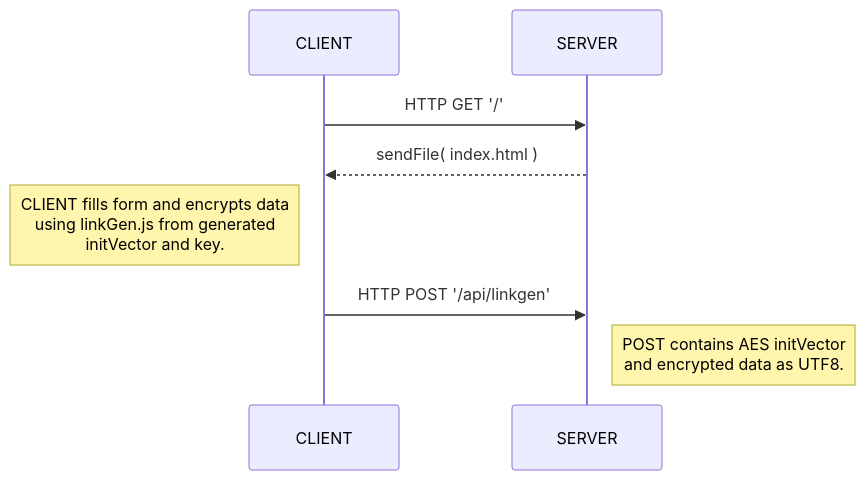
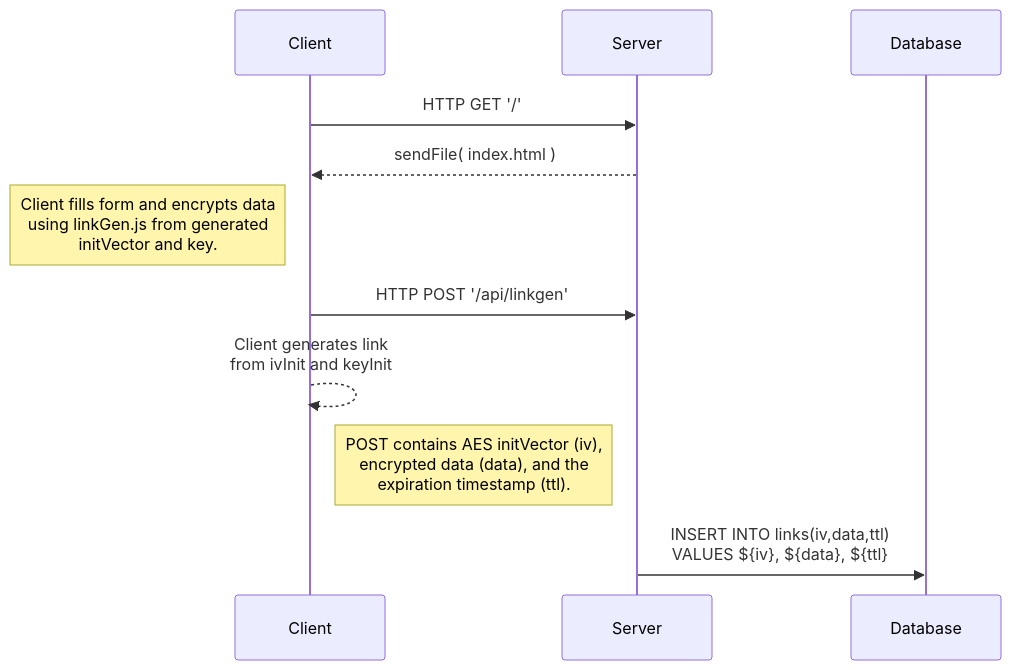
One commit to basht0p/BurnAfterClicking changed the first of 2 diagrams in README.md. Above: the diagram before and after it, drawn with Mermaid.

````diff
--- a/README.md
+++ b/README.md
@@ -4,9 +4,12 @@
 ```mermaid
 sequenceDiagram
-CLIENT ->> SERVER: HTTP GET '/'
-SERVER-->> CLIENT: sendFile( index.html )
-Note left of CLIENT: CLIENT fills form and encrypts data<br> using linkGen.js from generated<br> initVector and key.
+Client->> Server: HTTP GET '/'
+Server-->> Client: sendFile( index.html )
+Note left of Client: Client fills form and encrypts data<br> using linkGen.js from generated<br> initVector and key.
 
-CLIENT->>SERVER: HTTP POST '/api/linkgen'
-Note right of SERVER: POST contains AES initVector <br>and encrypted data as UTF8.
+Client->>Server: HTTP POST '/api/linkgen'
+Client-->>Client: Client generates link <br>from ivInit and keyInit
+Note left of Server: POST contains AES initVector (iv),<br> encrypted data (data), and the <br>expiration timestamp (ttl).
+Server->>Database: INSERT INTO links(iv,data,ttl)<br> VALUES ${iv}, ${data}, ${ttl}
+
 ```
````
